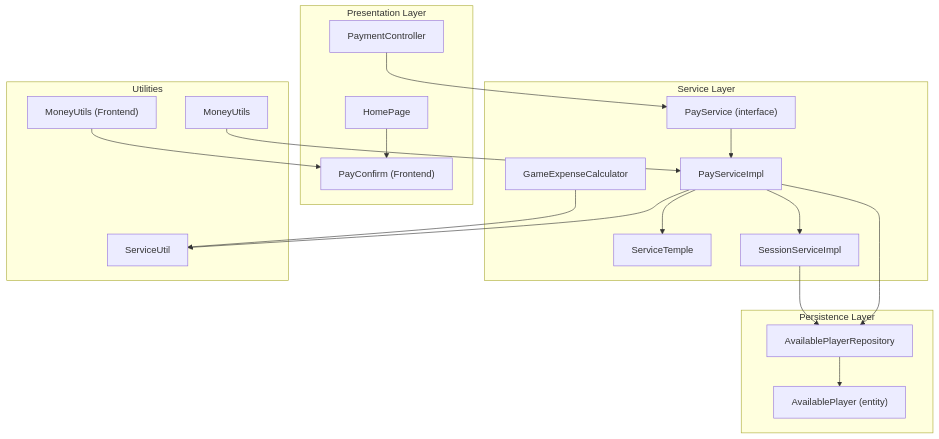
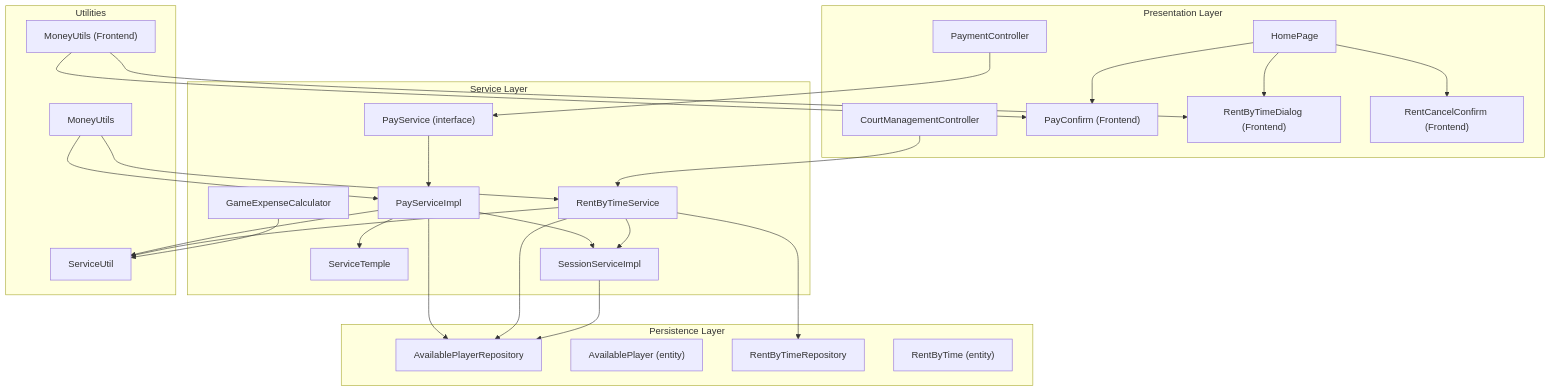
The first of 10 diagrams in .qoder/repowiki/en/content/Payment & Financial System.md (Vissel/badminton-court-management), drawn with Mermaid before and after one commit. The commit also changed other lines of this file and 11 other files, not shown here.

````diff
--- a/.qoder/repowiki/en/content/Payment & Financial System.md
+++ b/.qoder/repowiki/en/content/Payment & Financial System.md
@@ -58,36 +71,50 @@
 ```mermaid
 graph TB
 subgraph "Presentation Layer"
 PC["PaymentController"]
+CMC["CourtManagementController"]
 HC["HomePage"]
 PCF["PayConfirm (Frontend)"]
+RTD["RentByTimeDialog (Frontend)"]
+RCC["RentCancelConfirm (Frontend)"]
 end
 subgraph "Service Layer"
 PS["PayService (interface)"]
 PSI["PayServiceImpl"]
+RTS["RentByTimeService"]
 ST["ServiceTemple"]
 SS["SessionServiceImpl"]
 GEC["GameExpenseCalculator"]
 end
 subgraph "Persistence Layer"
 APR["AvailablePlayerRepository"]
 AP["AvailablePlayer (entity)"]
+RBR["RentByTimeRepository"]
+RB["RentByTime (entity)"]
 end
 subgraph "Utilities"
 MU["MoneyUtils"]
 SU["ServiceUtil"]
 MUF["MoneyUtils (Frontend)"]
 end
 PC --> PS
+CMC --> RTS
 PS --> PSI
 PSI --> ST
 PSI --> APR
 PSI --> SS
 PSI --> SU
+RTS --> RBR
+RTS --> APR
+RTS --> SS
+RTS --> SU
 SS --> APR
 GEC --> SU
 MU --> PSI
+MU --> RTS
 MUF --> PCF
-APR --> AP
+MUF --> RTD
 HC --> PCF
+HC --> RTD
+HC --> RCC
 ```
````
